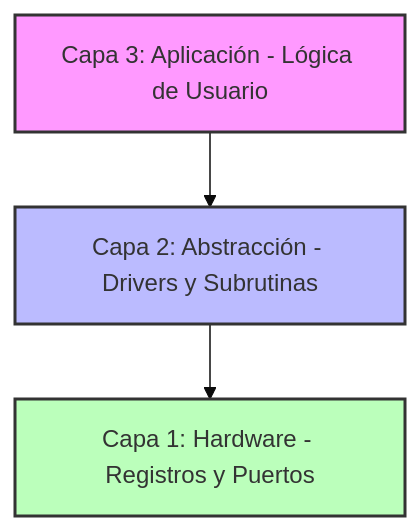
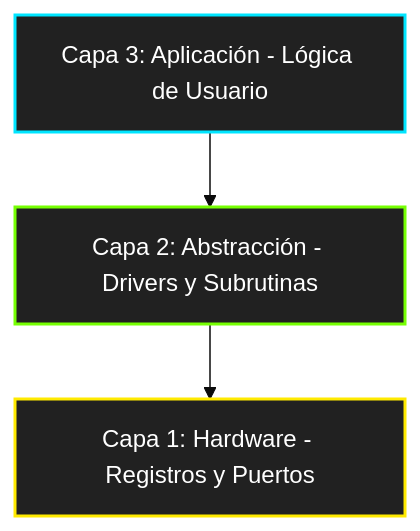
Before and after one commit to CarlitozMF/PIC16F84A-Mastery: the diagram in README.md, drawn with Mermaid (base theme). The commit also changed other lines of this file, not shown here.

````diff
--- a/README.md
+++ b/README.md
@@ -30,8 +30,9 @@
 ```mermaid
 graph TD
     A[Capa 3: Aplicación - Lógica de Usuario] --> B[Capa 2: Abstracción - Drivers y Subrutinas]
     B --> C[Capa 1: Hardware - Registros y Puertos]
-    style A fill:#f9f,stroke:#333,stroke-width:2px
-    style B fill:#bbf,stroke:#333,stroke-width:2px
-    style C fill:#bfb,stroke:#333,stroke-width:2px
+    
+    style A fill:#212121,stroke:#00e5ff,stroke-width:2px,color:#fff
+    style B fill:#212121,stroke:#76ff03,stroke-width:2px,color:#fff
+    style C fill:#212121,stroke:#ffea00,stroke-width:2px,color:#fff
 ```
````
